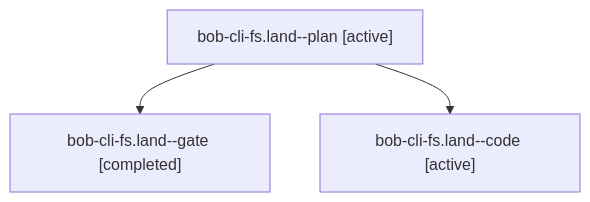
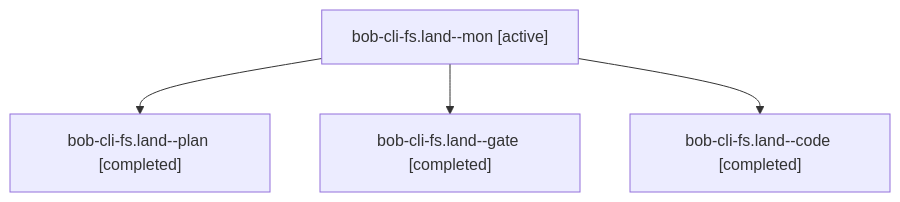
The diagram in sessions/bbugyi200.athena.bob-cli-fs.land.md (bobs-org/bob-cli--agents), drawn with Mermaid before and after one commit. The commit also changed other lines of this file and 121 other files, not shown here.

````diff
--- a/sessions/bbugyi200.athena.bob-cli-fs.land.md
+++ b/sessions/bbugyi200.athena.bob-cli-fs.land.md
@@ -9,8 +9,10 @@
 ```mermaid
 flowchart TD
-  n0["bob-cli-fs.land--plan [active]"]
-  n1["bob-cli-fs.land--gate [completed]"]
+  n0["bob-cli-fs.land--mon [active]"]
+  n1["bob-cli-fs.land--plan [completed]"]
   n0 --> n1
-  n2["bob-cli-fs.land--code [active]"]
+  n2["bob-cli-fs.land--gate [completed]"]
   n0 --> n2
+  n3["bob-cli-fs.land--code [completed]"]
+  n0 --> n3
 ```
````
